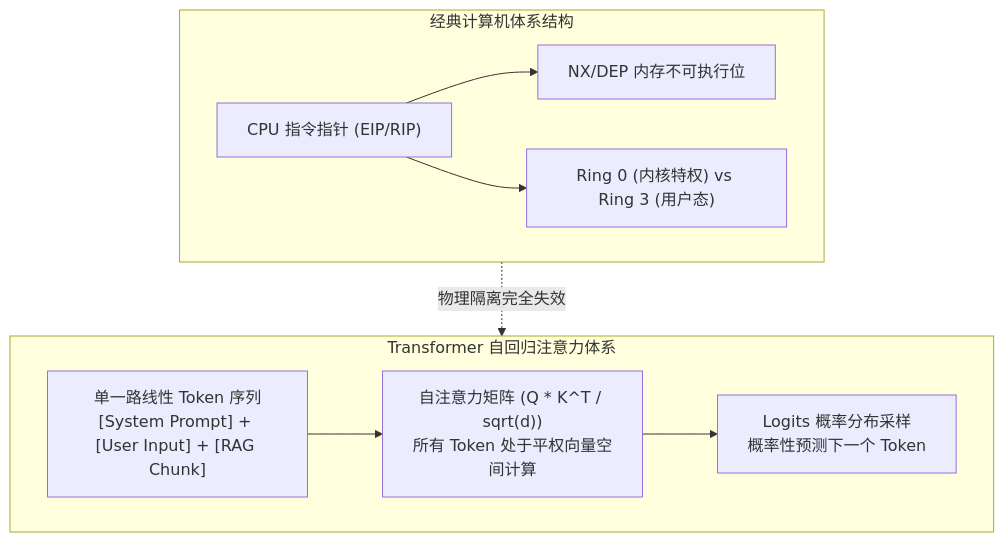
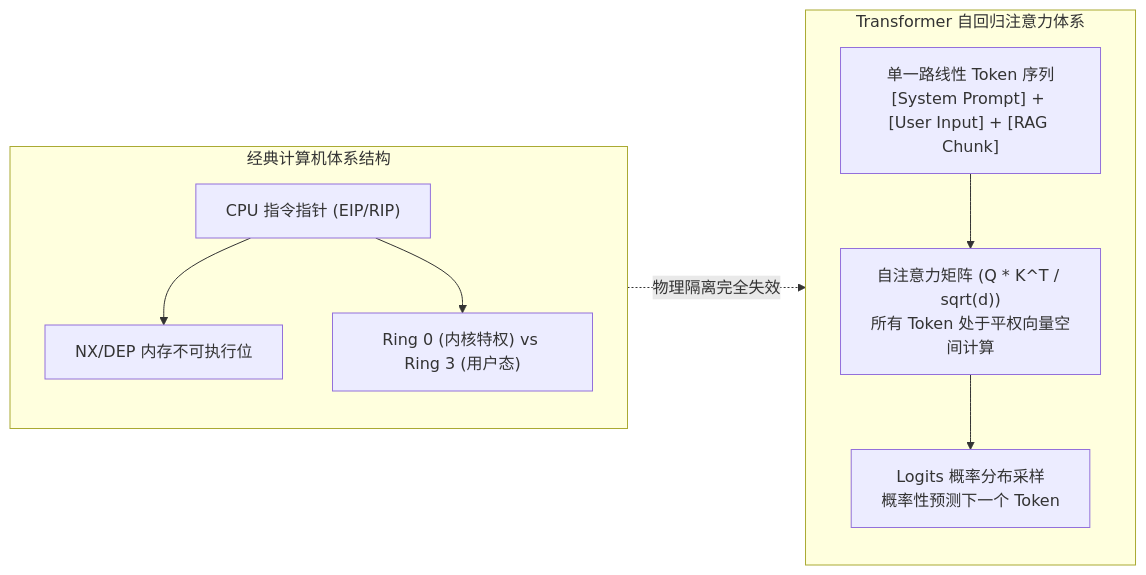
One commit to MoreConsequence/MoreConsequence.github.io changed the first of 3 diagrams in content/posts/llm-security/llm-sec-01-prompt-injection-dual-llm-isolation.md. Above: the diagram before and after it, drawn with Mermaid. The commit also changed other lines of this file and 835 other files, not shown here.

First line of the commit message:
feat(blog): 全站33篇新增深度专栏与博文全量审核上线及矢量图表优化

````diff
--- a/content/posts/llm-security/llm-sec-01-prompt-injection-dual-llm-isolation.md
+++ b/content/posts/llm-security/llm-sec-01-prompt-injection-dual-llm-isolation.md
@@ -20,19 +20,19 @@
 ```mermaid
-flowchart TD
+flowchart LR
     subgraph Classic["经典计算机体系结构"]
         CPU["CPU 指令指针 (EIP/RIP)"]
         NX["NX/DEP 内存不可执行位"]
         Ring["Ring 0 (内核特权) vs Ring 3 (用户态)"]
         CPU --> NX
         CPU --> Ring
     end
 
     subgraph LLM["Transformer 自回归注意力体系"]
         TokenSeq["单一路线性 Token 序列\n[System Prompt] + [User Input] + [RAG Chunk]"]
         Attn["自注意力矩阵 (Q * K^T / sqrt(d))\n所有 Token 处于平权向量空间计算"]
         Logits["Logits 概率分布采样\n概率性预测下一个 Token"]
         TokenSeq --> Attn --> Logits
     end
 
     Classic -.->|"物理隔离完全失效"| LLM
 ```
````
